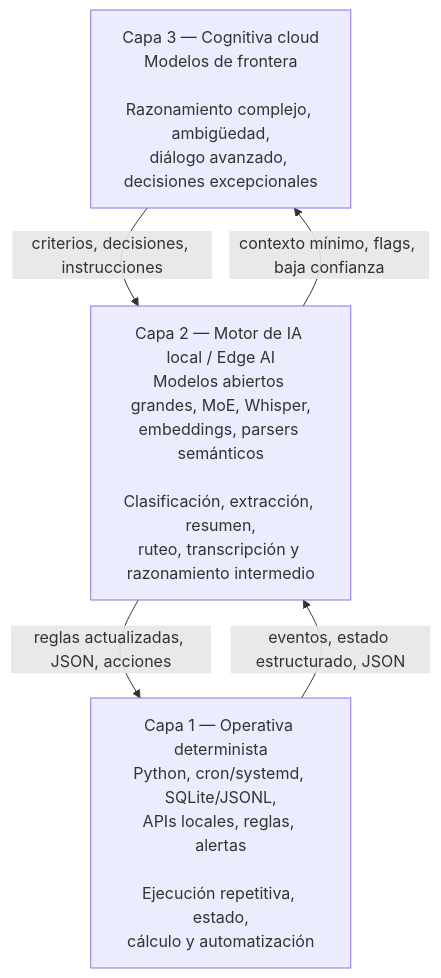
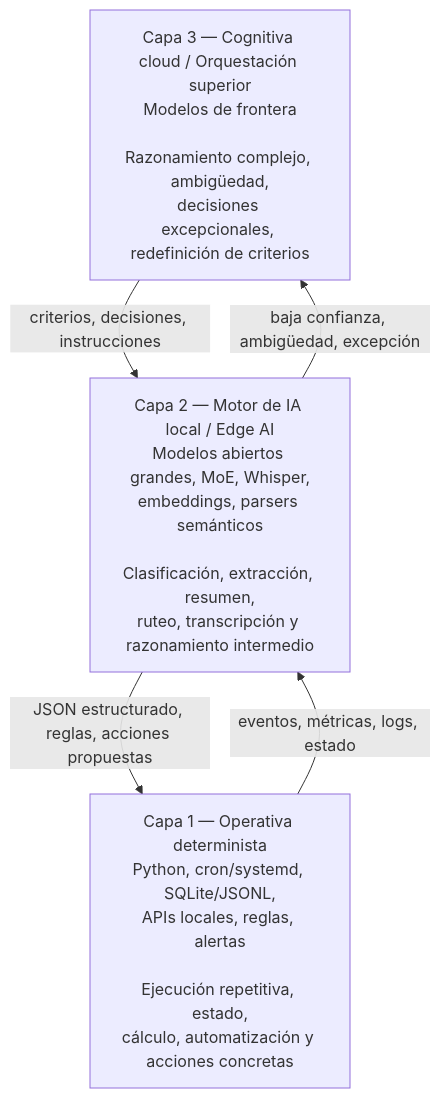
The diagram in README.md (dribulotta/iatokens), drawn with Mermaid before and after one commit. The commit also changed other lines of this file, not shown here.

````diff
--- a/README.md
+++ b/README.md
@@ -95,11 +137,13 @@
 ```mermaid
 flowchart TB
-    L3["Capa 3 — Cognitiva cloud<br/>Modelos de frontera<br/><br/>Razonamiento complejo, ambigüedad,<br/>diálogo avanzado, decisiones excepcionales"]
+    L3["Capa 3 — Cognitiva cloud / Orquestación superior<br/>Modelos de frontera<br/><br/>Razonamiento complejo, ambigüedad,<br/>decisiones excepcionales, redefinición de criterios"]
+    
     L2["Capa 2 — Motor de IA local / Edge AI<br/>Modelos abiertos grandes, MoE, Whisper,<br/>embeddings, parsers semánticos<br/><br/>Clasificación, extracción, resumen,<br/>ruteo, transcripción y razonamiento intermedio"]
-    L1["Capa 1 — Operativa determinista<br/>Python, cron/systemd, SQLite/JSONL,<br/>APIs locales, reglas, alertas<br/><br/>Ejecución repetitiva, estado,<br/>cálculo y automatización"]
+    
+    L1["Capa 1 — Operativa determinista<br/>Python, cron/systemd, SQLite/JSONL,<br/>APIs locales, reglas, alertas<br/><br/>Ejecución repetitiva, estado,<br/>cálculo, automatización y acciones concretas"]
 
-    L1 -->|"eventos, estado estructurado, JSON"| L2
-    L2 -->|"contexto mínimo, flags, baja confianza"| L3
     L3 -->|"criterios, decisiones, instrucciones"| L2
-    L2 -->|"reglas actualizadas, JSON, acciones"| L1
+    L2 -->|"JSON estructurado, reglas, acciones propuestas"| L1
+    L1 -->|"eventos, métricas, logs, estado"| L2
+    L2 -->|"baja confianza, ambigüedad, excepción"| L3
 ```
````
